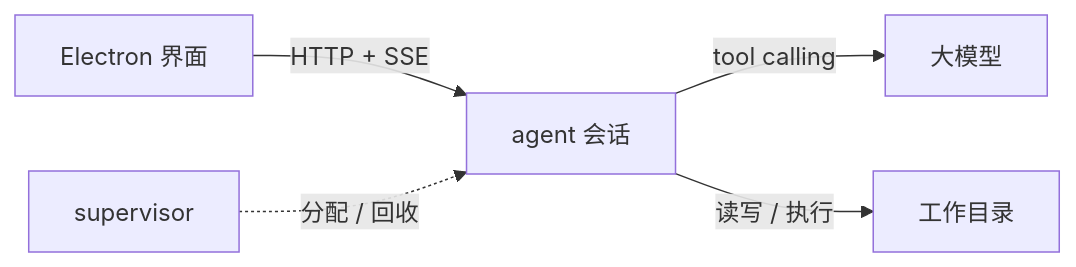
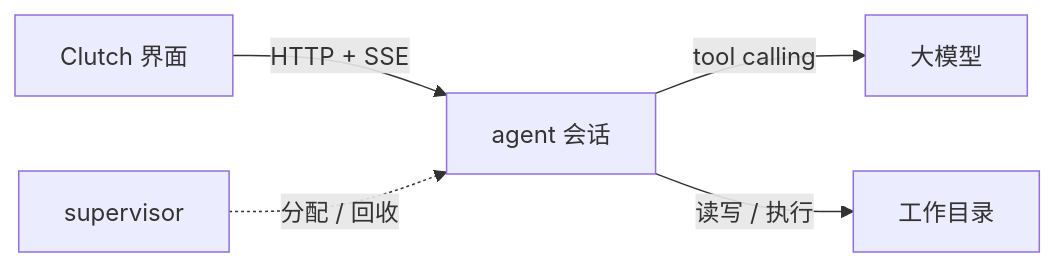
The second of 3 diagrams in README.md (Ethereal1024/Clutch), drawn with Mermaid before and after one commit. The commit also changed other lines of this file, not shown here.

Commit message:
docs: capitalize Clutch; add agent-loop and cross-device diagrams

````diff
--- a/README.md
+++ b/README.md
@@ -61,7 +78,7 @@
 ```mermaid
 flowchart LR
-    UI["Electron 界面"] -- "HTTP + SSE" --> S["agent 会话"]
+    UI["Clutch 界面"] -- "HTTP + SSE" --> S["agent 会话"]
     SUP["supervisor"] -. "分配 / 回收" .-> S
     S -- "tool calling" --> LLM["大模型"]
     S -- "读写 / 执行" --> WS["工作目录"]
 ```
````
